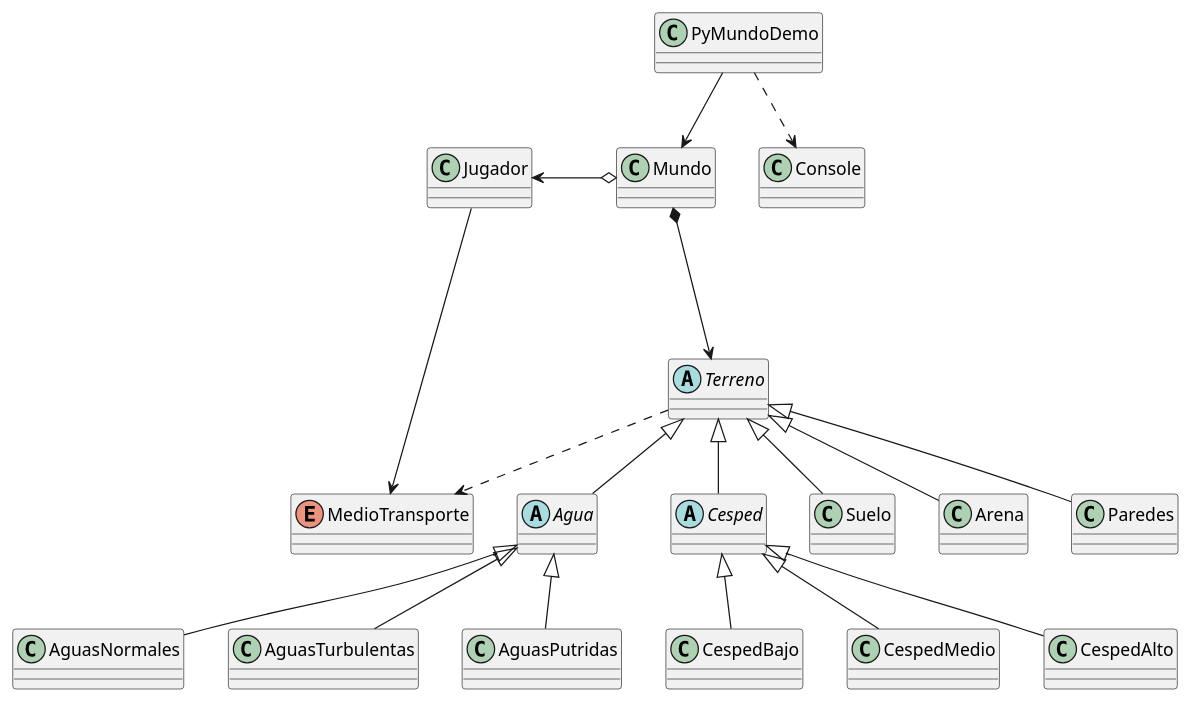
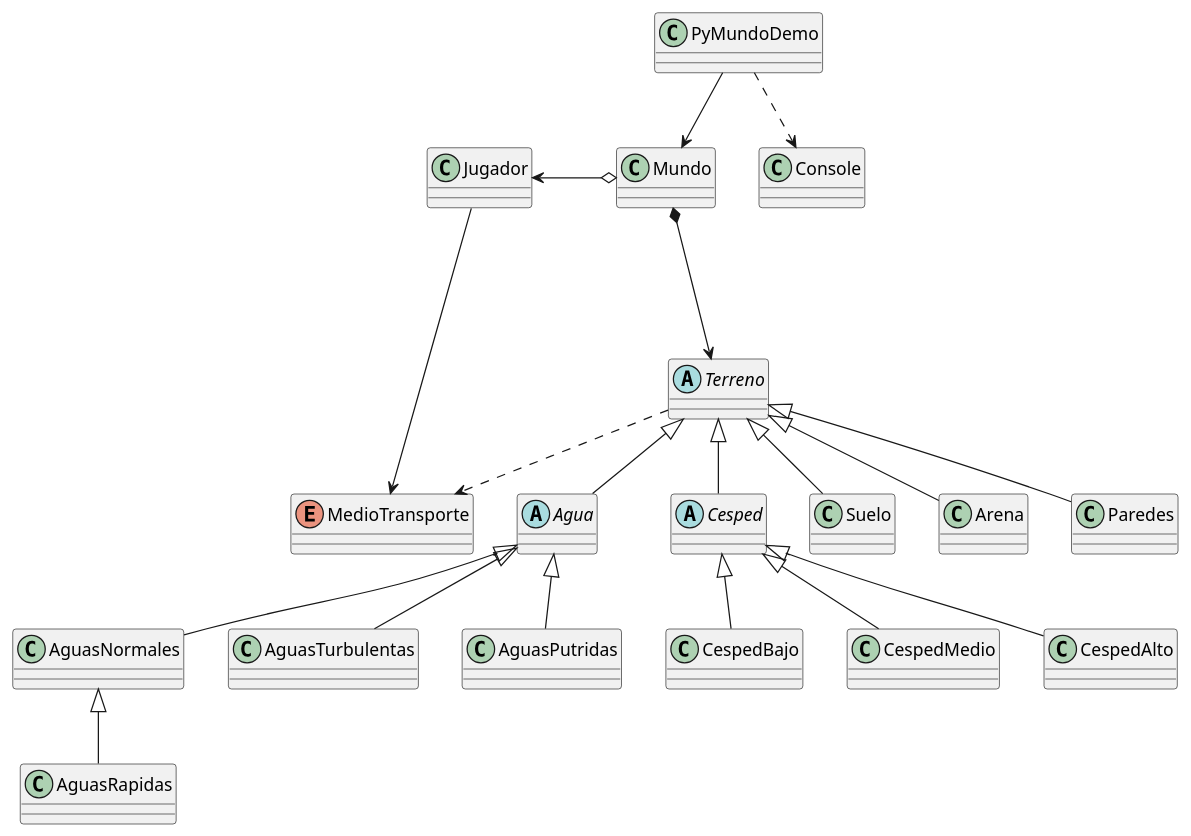
One commit to mmasias/fLiskov changed the diagram in DdC.puml. Above: the diagram before and after it, drawn with PlantUML. The commit also changed 5 other files, not shown here.

Commit message:
AguasRapidas

```diff
--- a/DdC.puml
+++ b/DdC.puml
@@ -1,31 +1,32 @@
 @startuml
 
 enum MedioTransporte
 
 PyMundoDemo -d-> Mundo 
 PyMundoDemo .d.> Console
 Mundo *--d-> Terreno
 Mundo o-l-> Jugador
 Jugador -r-> MedioTransporte 
 Terreno ..> MedioTransporte
 
 
 abstract Terreno
 abstract Cesped
 abstract Agua
 
 Suelo -u-|> Terreno
 Arena -u-|> Terreno
 Paredes -u-|> Terreno
 Cesped -u-|> Terreno
 Agua -u-|> Terreno
 
 CespedBajo -u-|> Cesped
 CespedMedio -u-|> Cesped
 CespedAlto -u-|> Cesped
 
 AguasNormales -u-|> Agua
 AguasTurbulentas -u-|> Agua
 AguasPutridas -u-|> Agua
+AguasRapidas -u-|> AguasNormales
 
 @enduml
```
